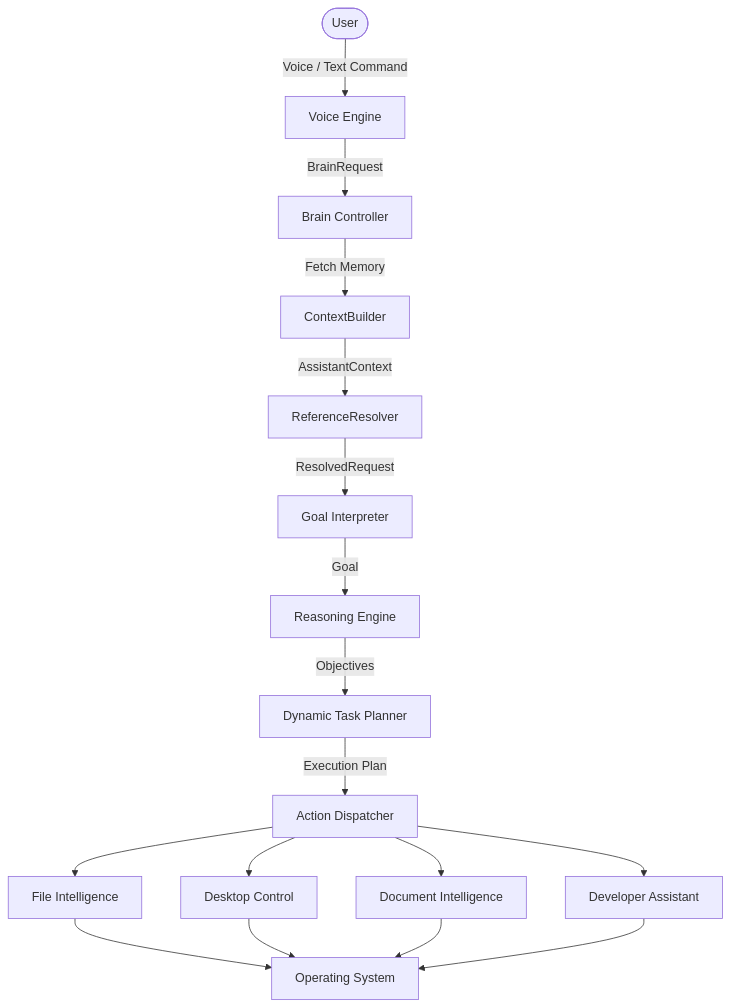
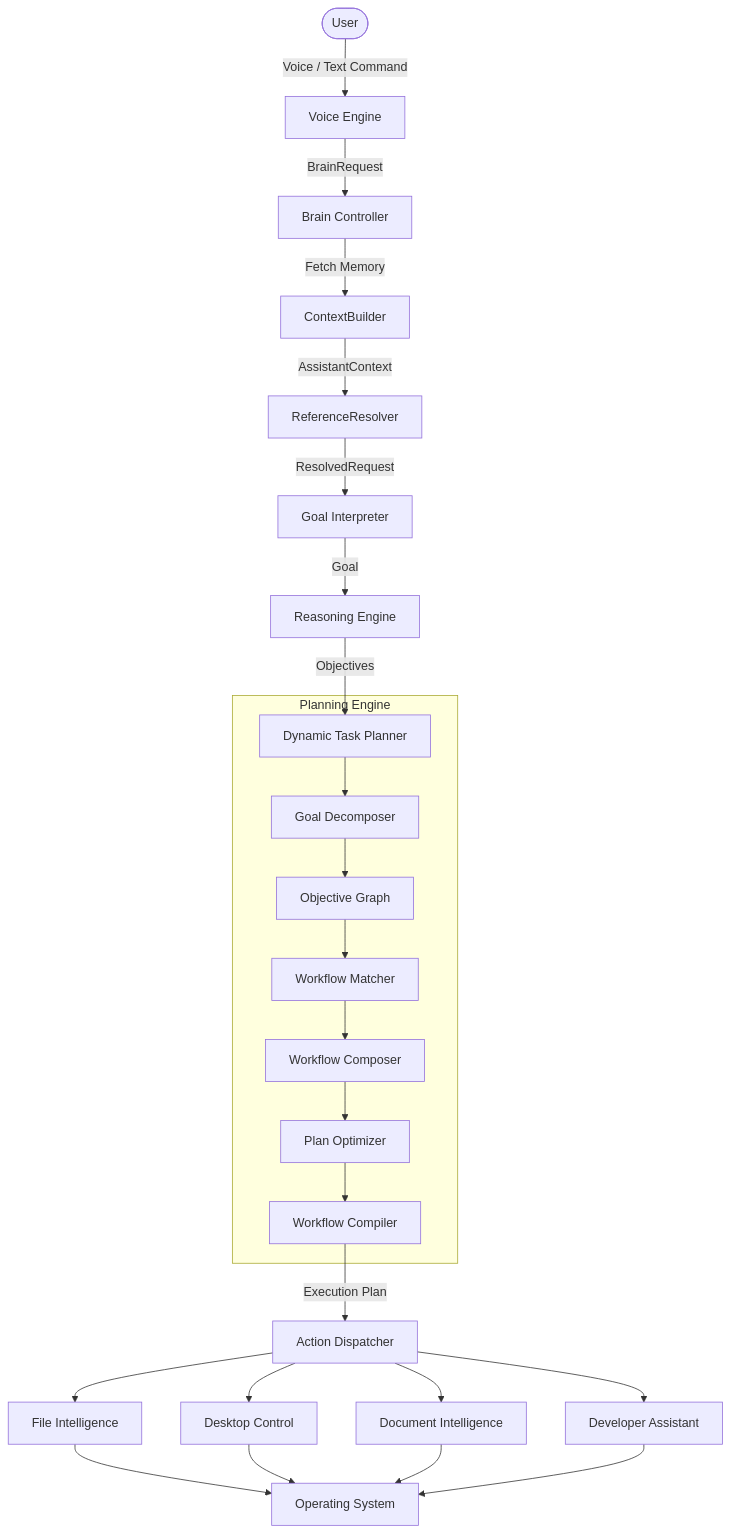
One commit to Vish-0806/Auralis-voice-file-manager changed the diagram in README.md. Above: the diagram before and after it, drawn with Mermaid. The commit also changed other lines of this file and 1 other file, not shown here.

Commit message:
Update root and planning subsystem README files

````diff
--- a/README.md
+++ b/README.md
@@ -98,21 +112,31 @@
 ```mermaid
 graph TD
     User([User]) -->|Voice / Text Command| VoiceEngine[Voice Engine]
     VoiceEngine -->|BrainRequest| BrainController[Brain Controller]
     BrainController -->|Fetch Memory| ContextBuilder[ContextBuilder]
     ContextBuilder -->|AssistantContext| RefResolver[ReferenceResolver]
     RefResolver -->|ResolvedRequest| GoalInterpreter[Goal Interpreter]
     GoalInterpreter -->|Goal| ReasoningEngine[Reasoning Engine]
     ReasoningEngine -->|Objectives| TaskPlanner[Dynamic Task Planner]
-    TaskPlanner -->|Execution Plan| Dispatcher[Action Dispatcher]
+    
+    subgraph Planning Engine
+        TaskPlanner --> GoalDecomposer[Goal Decomposer]
+        GoalDecomposer --> ObjectiveGraph[Objective Graph]
+        ObjectiveGraph --> WorkflowMatcher[Workflow Matcher]
+        WorkflowMatcher --> WorkflowComposer[Workflow Composer]
+        WorkflowComposer --> PlanOptimizer[Plan Optimizer]
+        PlanOptimizer --> WorkflowCompiler[Workflow Compiler]
+    end
+    
+    WorkflowCompiler -->|Execution Plan| Dispatcher[Action Dispatcher]
     
     Dispatcher --> FileIntel[File Intelligence]
     Dispatcher --> DesktopControl[Desktop Control]
     Dispatcher --> DocIntel[Document Intelligence]
     Dispatcher --> DevAssistant[Developer Assistant]
     
     FileIntel --> OS[Operating System]
     DesktopControl --> OS
     DocIntel --> OS
     DevAssistant --> OS
 ```
````
